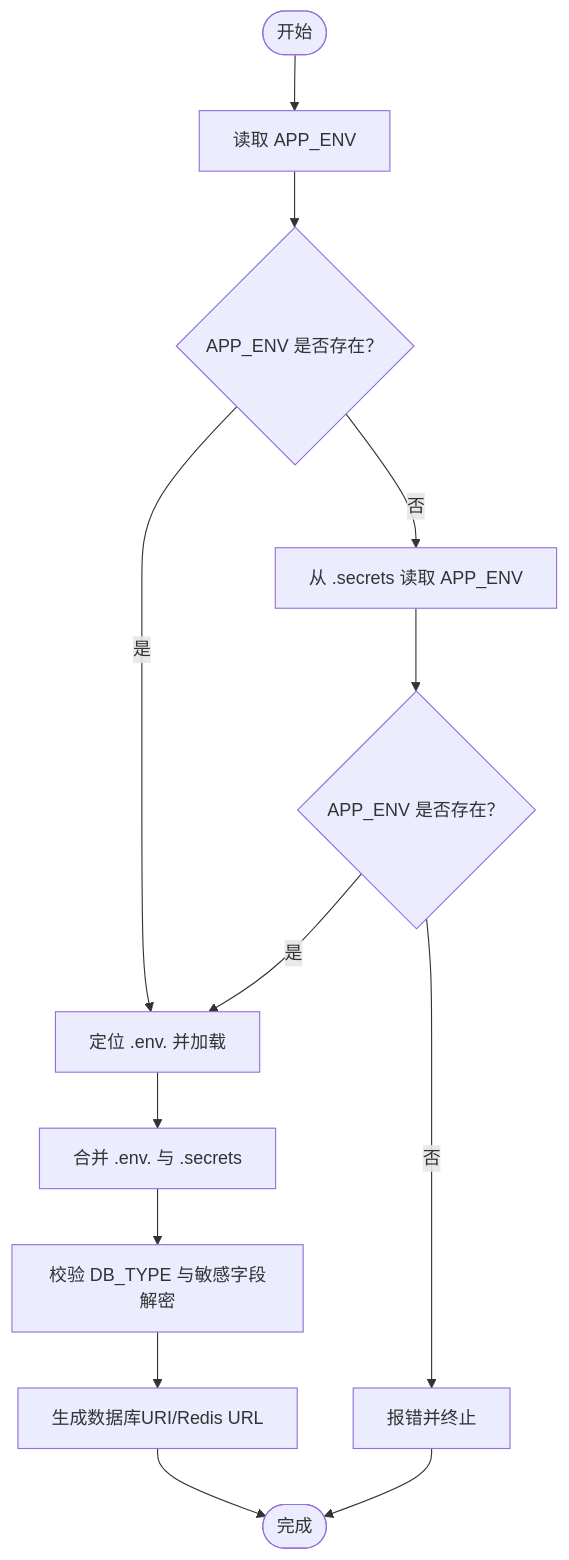
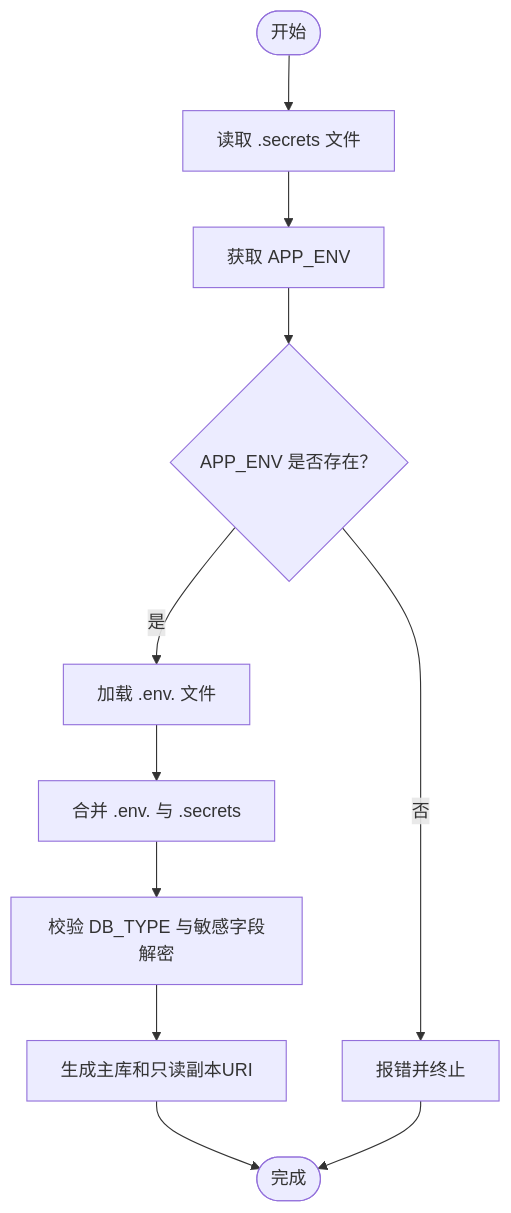
The third of 4 diagrams in .qoder/repowiki/zh/content/数据库集成/数据库配置.md (lilinzezzzzzz/fastapi-backend), drawn with Mermaid before and after one commit. The commit also changed other lines of this file and 38 other files, not shown here.

````diff
--- a/.qoder/repowiki/zh/content/数据库集成/数据库配置.md
+++ b/.qoder/repowiki/zh/content/数据库集成/数据库配置.md
@@ -159,15 +168,13 @@
 ```mermaid
 flowchart TD
-Start(["开始"]) --> ReadEnv["读取 APP_ENV"]
-ReadEnv --> EnvFound{"APP_ENV 是否存在？"}
-EnvFound -- "否" --> FromSecrets["从 .secrets 读取 APP_ENV"]
-EnvFound -- "是" --> LoadFiles["定位 .env.<env> 并加载"]
-FromSecrets --> SecretsFound{"APP_ENV 是否存在？"}
-SecretsFound -- "否" --> Error["报错并终止"]
-SecretsFound -- "是" --> LoadFiles
-LoadFiles --> Merge["合并 .env.<env> 与 .secrets"]
+Start(["开始"]) --> ReadSecrets["读取 .secrets 文件"]
+ReadSecrets --> GetEnv["获取 APP_ENV"]
+GetEnv --> EnvFound{"APP_ENV 是否存在？"}
+EnvFound -- "否" --> Error["报错并终止"]
+EnvFound -- "是" --> LoadEnvFile["加载 .env.<env> 文件"]
+LoadEnvFile --> Merge["合并 .env.<env> 与 .secrets"]
 Merge --> Validate["校验 DB_TYPE 与敏感字段解密"]
-Validate --> BuildURI["生成数据库URI/Redis URL"]
-BuildURI --> Done(["完成"])
+Validate --> BuildURIs["生成主库和只读副本URI"]
+BuildURIs --> Done(["完成"])
 Error --> Done
 ```
````
